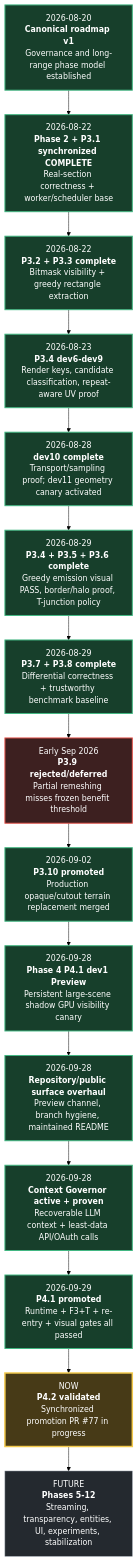
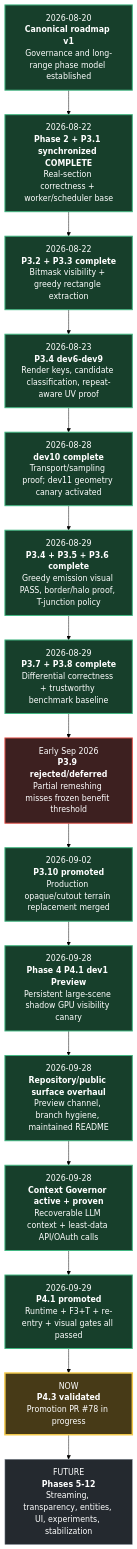
One commit to TrissTheBoss/Obsidian changed the second of 3 diagrams in TIMELINE.md. Above: the diagram before and after it, drawn with Mermaid (forest theme). The commit also changed other lines of this file and 16 other files, not shown here.

````diff
--- a/TIMELINE.md
+++ b/TIMELINE.md
@@ -55,30 +55,30 @@
 ```mermaid
 flowchart TD
     A["2026-08-20<br/><b>Canonical roadmap v1</b><br/>Governance and long-range phase model established"]
     B["2026-08-22<br/><b>Phase 2 + P3.1 synchronized COMPLETE</b><br/>Real-section correctness + worker/scheduler base"]
     C["2026-08-22<br/><b>P3.2 + P3.3 complete</b><br/>Bitmask visibility + greedy rectangle extraction"]
     D["2026-08-23<br/><b>P3.4 dev6-dev9</b><br/>Render keys, candidate classification, repeat-aware UV proof"]
     E["2026-08-28<br/><b>dev10 complete</b><br/>Transport/sampling proof; dev11 geometry canary activated"]
     F["2026-08-29<br/><b>P3.4 + P3.5 + P3.6 complete</b><br/>Greedy emission visual PASS, border/halo proof, T-junction policy"]
     G["2026-08-29<br/><b>P3.7 + P3.8 complete</b><br/>Differential correctness + trustworthy benchmark baseline"]
     H["Early Sep 2026<br/><b>P3.9 rejected/deferred</b><br/>Partial remeshing misses frozen benefit threshold"]
     I["2026-09-02<br/><b>P3.10 promoted</b><br/>Production opaque/cutout terrain replacement merged"]
     J["2026-09-28<br/><b>Phase 4 P4.1 dev1 Preview</b><br/>Persistent large-scene shadow GPU visibility canary"]
     K["2026-09-28<br/><b>Repository/public surface overhaul</b><br/>Preview channel, branch hygiene, maintained README"]
     L["2026-09-28<br/><b>Context Governor active + proven</b><br/>Recoverable LLM context + least-data API/OAuth calls"]
     M["2026-09-29<br/><b>P4.1 promoted</b><br/>Runtime + F3+T + re-entry + visual gates all passed"]
-    N["NOW<br/><b>P4.2 validated</b><br/>Synchronized promotion PR #77 in progress"]
+    N["NOW<br/><b>P4.3 validated</b><br/>Promotion PR #78 in progress"]
     O["FUTURE<br/><b>Phases 5-12</b><br/>Streaming, transparency, entities, UI, experiments, stabilization"]
 
     A --> B --> C --> D --> E --> F --> G --> H --> I --> J --> K --> L --> M --> N --> O
 
     classDef done fill:#173f2b,stroke:#42b883,color:#ffffff,stroke-width:2px;
     classDef rejected fill:#3d2020,stroke:#e5534b,color:#ffffff,stroke-width:2px;
     classDef active fill:#473a17,stroke:#f2c94c,color:#ffffff,stroke-width:3px;
     classDef future fill:#24292f,stroke:#8c959f,color:#ffffff,stroke-width:1px;
 
     class A,B,C,D,E,F,G,I,J,K,L,M done;
     class H rejected;
     class N active;
     class O future;
 ```
````
